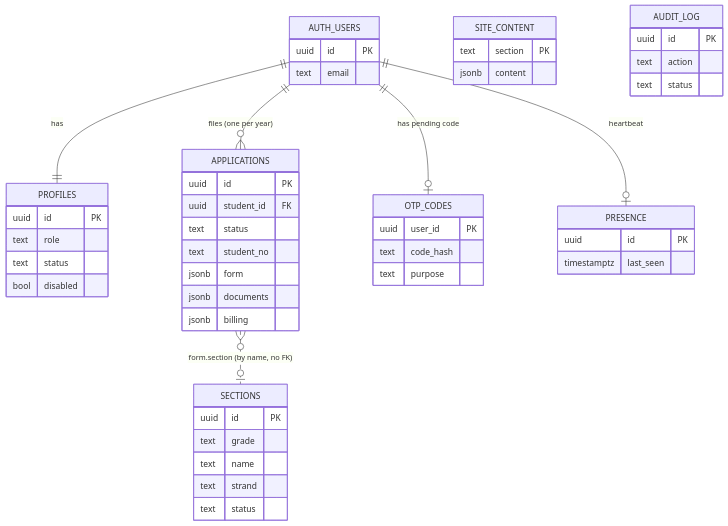
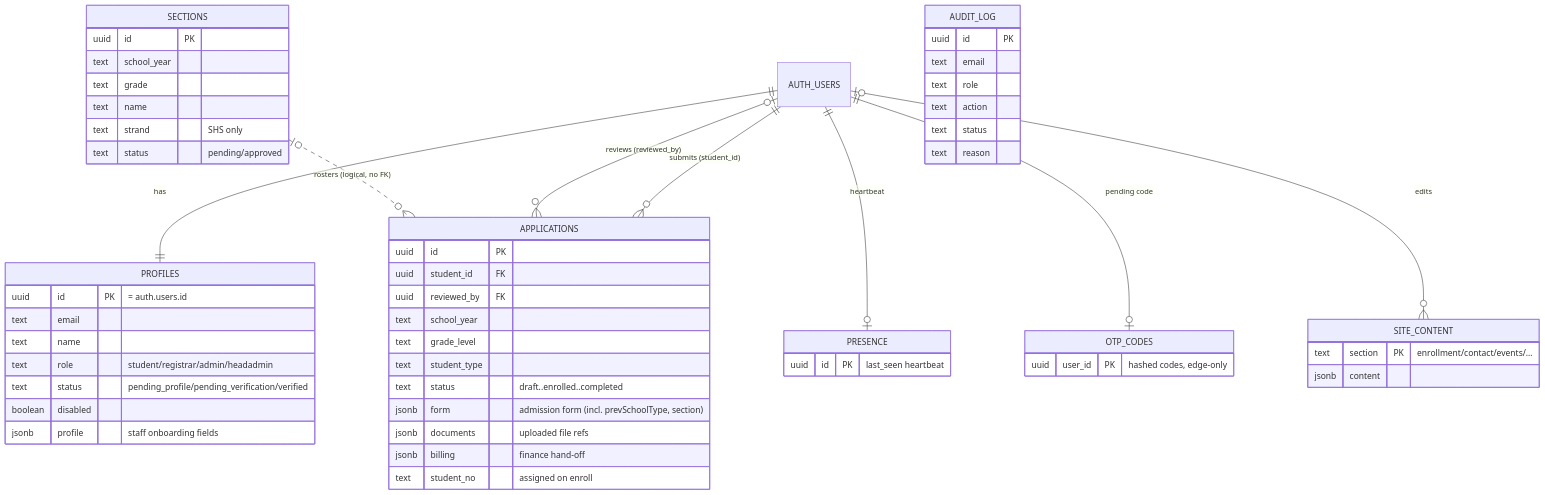
Before and after one commit to runawayfromhome/NSDGA_ENROLLMENT: the second of 2 diagrams in docs/TECHNICAL_REPORT.md, drawn with Mermaid. The commit also changed other lines of this file, not shown here.

````diff
--- a/docs/TECHNICAL_REPORT.md
+++ b/docs/TECHNICAL_REPORT.md
@@ -321,52 +170,59 @@
 ```mermaid
 erDiagram
     AUTH_USERS ||--|| PROFILES : "has"
-    AUTH_USERS ||--o{ APPLICATIONS : "files (one per year)"
-    AUTH_USERS ||--o| OTP_CODES : "has pending code"
+    AUTH_USERS ||--o{ APPLICATIONS : "submits (student_id)"
+    AUTH_USERS |o--o{ APPLICATIONS : "reviews (reviewed_by)"
     AUTH_USERS ||--o| PRESENCE : "heartbeat"
-    APPLICATIONS }o..o| SECTIONS : "form.section (by name, no FK)"
-    SITE_CONTENT {
-        text section PK
-        jsonb content
+    AUTH_USERS ||--o| OTP_CODES : "pending code"
+    AUTH_USERS |o--o{ SITE_CONTENT : "edits"
+    SECTIONS |o..o{ APPLICATIONS : "rosters (logical, no FK)"
+
+    PROFILES {
+      uuid id PK "= auth.users.id"
+      text email
+      text name
+      text role "student/registrar/admin/headadmin"
+      text status "pending_profile/pending_verification/verified"
+      boolean disabled
+      jsonb profile "staff onboarding fields"
+    }
+    APPLICATIONS {
+      uuid id PK
+      uuid student_id FK
+      uuid reviewed_by FK
+      text school_year
+      text grade_level
+      text student_type
+      text status "draft..enrolled..completed"
+      jsonb form "admission form (incl. prevSchoolType, section)"
+      jsonb documents "uploaded file refs"
+      jsonb billing "finance hand-off"
+      text student_no "assigned on enroll"
+    }
+    SECTIONS {
+      uuid id PK
+      text school_year
+      text grade
+      text name
+      text strand "SHS only"
+      text status "pending/approved"
     }
     AUDIT_LOG {
-        uuid id PK
-        text action
-        text status
-    }
-    AUTH_USERS {
-        uuid id PK
-        text email
-    }
-    PROFILES {
-        uuid id PK
-        text role
-        text status
-        bool disabled
-    }
-    APPLICATIONS {
-        uuid id PK
-        uuid student_id FK
-        text status
-        text student_no
-        jsonb form
-        jsonb documents
-        jsonb billing
-    }
-    SECTIONS {
-        uuid id PK
-        text grade
-        text name
-        text strand
-        text status
+      uuid id PK
+      text email
+      text role
+      text action
+      text status
+      text reason
     }
     OTP_CODES {
-        uuid user_id PK
-        text code_hash
-        text purpose
+      uuid user_id PK "hashed codes, edge-only"
     }
     PRESENCE {
-        uuid id PK
-        timestamptz last_seen
+      uuid id PK "last_seen heartbeat"
+    }
+    SITE_CONTENT {
+      text section PK "enrollment/contact/events/…"
+      jsonb content
     }
 ```
````
